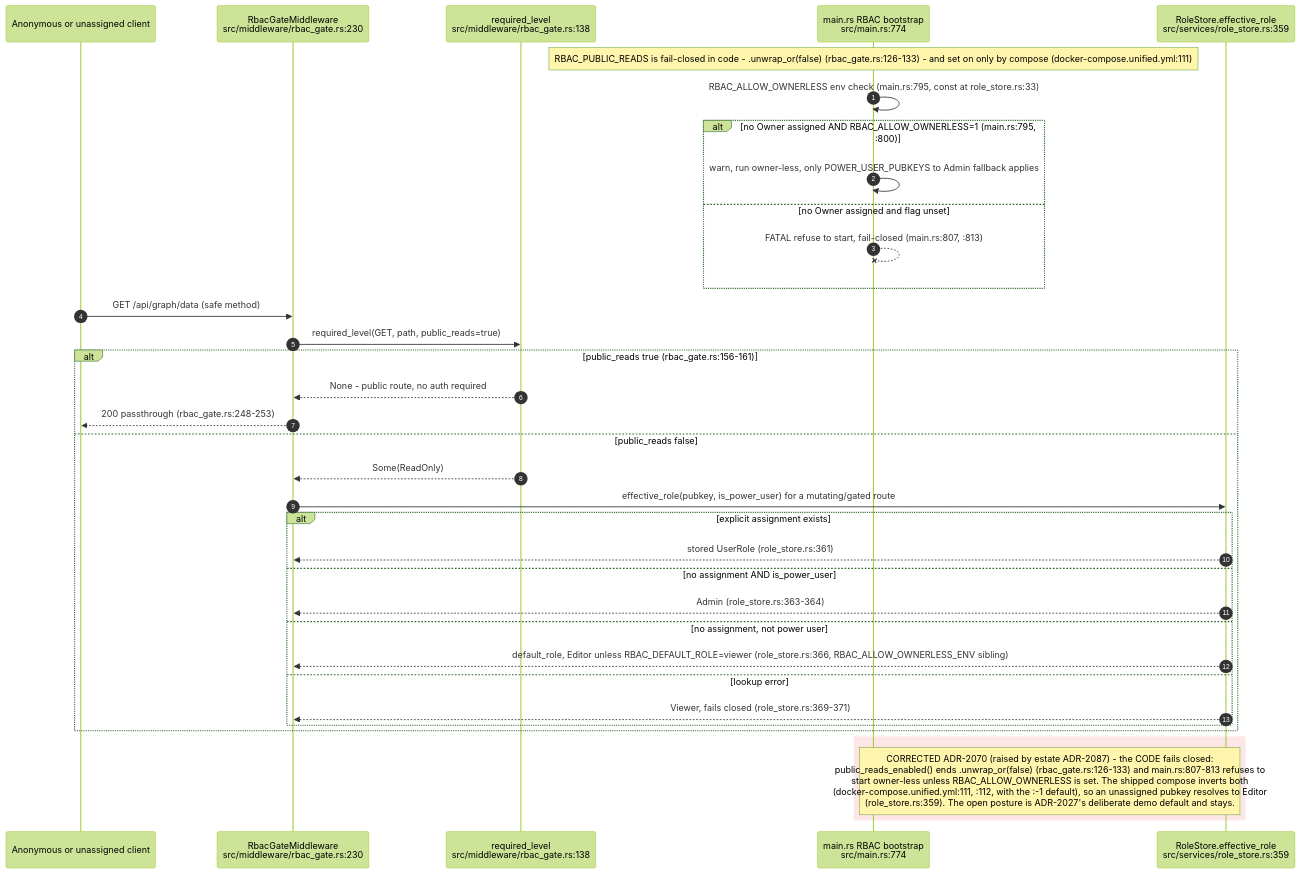
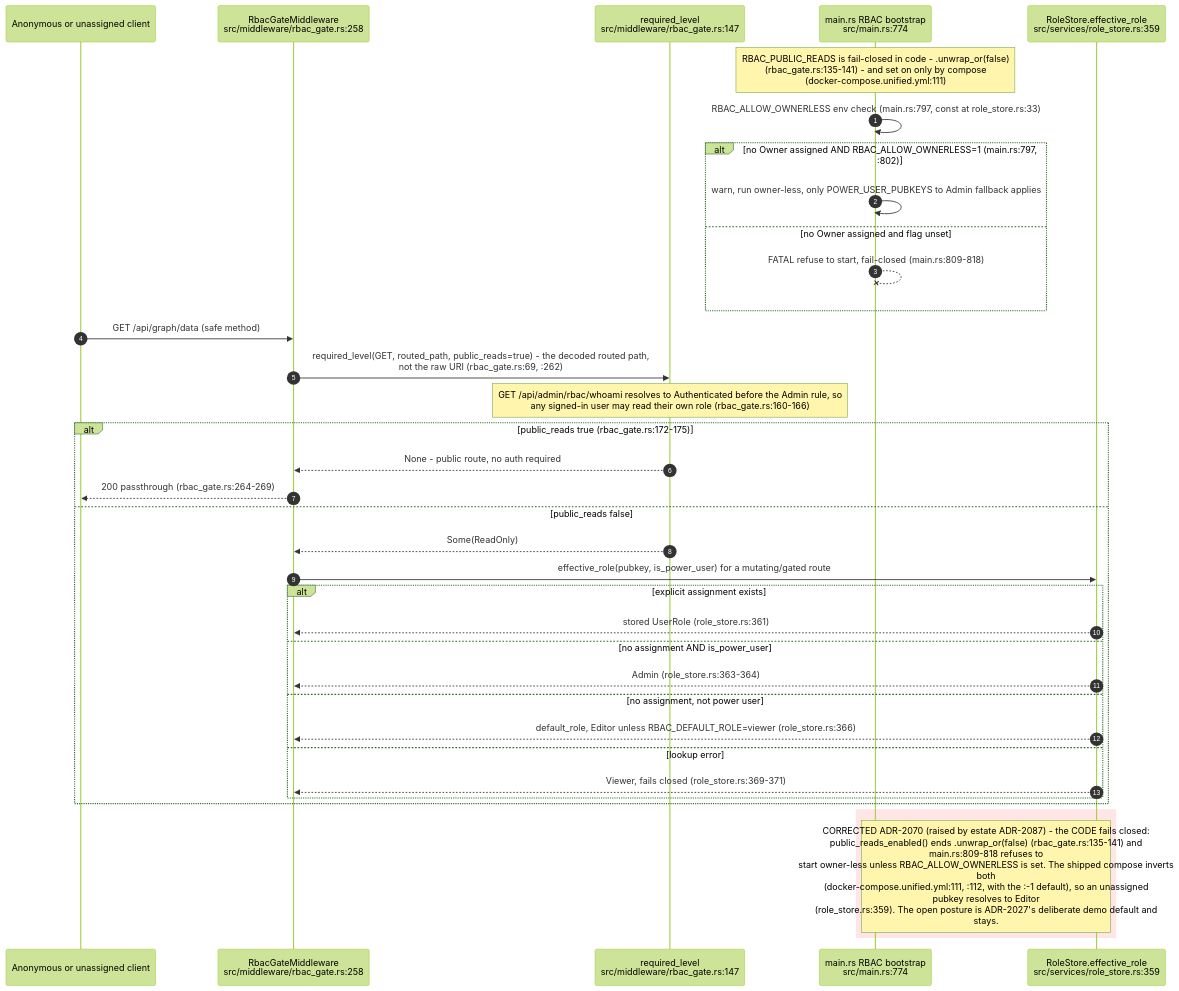
The ninth of 11 diagrams in docs/diagrams/visionclaw/22-data-authority-provenance-erasure.md (DreamLab-AI/VisionFlow), drawn with Mermaid (forest theme) before and after one commit. The commit also changed other lines of this file and 160 other files, not shown here.

````diff
--- a/docs/diagrams/visionclaw/22-data-authority-provenance-erasure.md
+++ b/docs/diagrams/visionclaw/22-data-authority-provenance-erasure.md
@@ -386,38 +389,39 @@
 ```mermaid
 sequenceDiagram
     autonumber
     participant C as Anonymous or unassigned client
-    participant GATE as RbacGateMiddleware<br/>src/middleware/rbac_gate.rs:230
-    participant REQ as required_level<br/>src/middleware/rbac_gate.rs:138
+    participant GATE as RbacGateMiddleware<br/>src/middleware/rbac_gate.rs:258
+    participant REQ as required_level<br/>src/middleware/rbac_gate.rs:147
     participant BOOT as main.rs RBAC bootstrap<br/>src/main.rs:774
     participant RS as RoleStore.effective_role<br/>src/services/role_store.rs:359
 
-    Note over BOOT: RBAC_PUBLIC_READS is fail-closed in code - .unwrap_or(false) (rbac_gate.rs:126-133) - and set on only by compose (docker-compose.unified.yml:111)
-    BOOT->>BOOT: RBAC_ALLOW_OWNERLESS env check (main.rs:795, const at role_store.rs:33)
-    alt no Owner assigned AND RBAC_ALLOW_OWNERLESS=1 (main.rs:795, :800)
+    Note over BOOT: RBAC_PUBLIC_READS is fail-closed in code - .unwrap_or(false)<br/>(rbac_gate.rs:135-141) - and set on only by compose<br/>(docker-compose.unified.yml:111)
+    BOOT->>BOOT: RBAC_ALLOW_OWNERLESS env check (main.rs:797, const at role_store.rs:33)
+    alt no Owner assigned AND RBAC_ALLOW_OWNERLESS=1 (main.rs:797, :802)
         BOOT->>BOOT: warn, run owner-less, only POWER_USER_PUBKEYS to Admin fallback applies
     else no Owner assigned and flag unset
-        BOOT--xBOOT: FATAL refuse to start, fail-closed (main.rs:807, :813)
+        BOOT--xBOOT: FATAL refuse to start, fail-closed (main.rs:809-818)
     end
     C->>GATE: GET /api/graph/data (safe method)
-    GATE->>REQ: required_level(GET, path, public_reads=true)
-    alt public_reads true (rbac_gate.rs:156-161)
+    GATE->>REQ: required_level(GET, routed_path, public_reads=true) - the decoded routed path,<br/>not the raw URI (rbac_gate.rs:69, :262)
+    Note over REQ: GET /api/admin/rbac/whoami resolves to Authenticated before the Admin rule, so<br/>any signed-in user may read their own role (rbac_gate.rs:160-166)
+    alt public_reads true (rbac_gate.rs:172-175)
         REQ-->>GATE: None - public route, no auth required
-        GATE-->>C: 200 passthrough (rbac_gate.rs:248-253)
+        GATE-->>C: 200 passthrough (rbac_gate.rs:264-269)
     else public_reads false
         REQ-->>GATE: Some(ReadOnly)
         GATE->>RS: effective_role(pubkey, is_power_user) for a mutating/gated route
         alt explicit assignment exists
             RS-->>GATE: stored UserRole (role_store.rs:361)
         else no assignment AND is_power_user
             RS-->>GATE: Admin (role_store.rs:363-364)
         else no assignment, not power user
-            RS-->>GATE: default_role, Editor unless RBAC_DEFAULT_ROLE=viewer (role_store.rs:366, RBAC_ALLOW_OWNERLESS_ENV sibling)
+            RS-->>GATE: default_role, Editor unless RBAC_DEFAULT_ROLE=viewer (role_store.rs:366)
         else lookup error
             RS-->>GATE: Viewer, fails closed (role_store.rs:369-371)
         end
     end
     rect rgb(255, 230, 230)
-    Note over BOOT,RS: CORRECTED ADR-2070 (raised by estate ADR-2087) - the CODE fails closed:<br/>public_reads_enabled() ends .unwrap_or(false) (rbac_gate.rs:126-133) and main.rs:807-813 refuses to<br/>start owner-less unless RBAC_ALLOW_OWNERLESS is set. The shipped compose inverts both<br/>(docker-compose.unified.yml:111, :112, with the :-1 default), so an unassigned pubkey resolves to Editor<br/>(role_store.rs:359). The open posture is ADR-2027's deliberate demo default and stays.
+    Note over BOOT,RS: CORRECTED ADR-2070 (raised by estate ADR-2087) - the CODE fails closed:<br/>public_reads_enabled() ends .unwrap_or(false) (rbac_gate.rs:135-141) and<br/>main.rs:809-818 refuses to<br/>start owner-less unless RBAC_ALLOW_OWNERLESS is set. The shipped compose inverts<br/>both<br/>(docker-compose.unified.yml:111, :112, with the :-1 default), so an unassigned<br/>pubkey resolves to Editor<br/>(role_store.rs:359). The open posture is ADR-2027's deliberate demo default and<br/>stays.
     end
 ```
````
